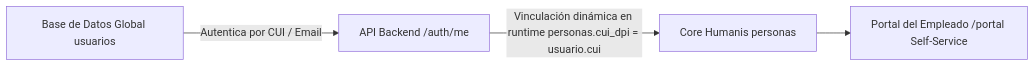
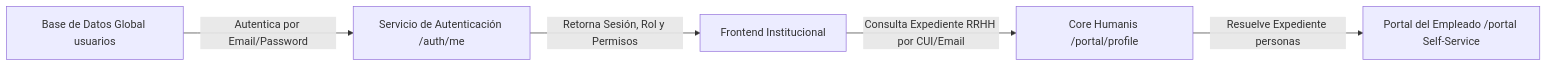
One commit to bsosaGG/Eco changed the diagram in core-humanis-app/documentation/portal_empleado_y_amarre_usuarios.md. Above: the diagram before and after it, drawn with Mermaid. The commit also changed other lines of this file and 1 other file, not shown here.

Commit message:
docs(core-humanis): document public routes architecture and auth decoupling

````diff
--- a/core-humanis-app/documentation/portal_empleado_y_amarre_usuarios.md
+++ b/core-humanis-app/documentation/portal_empleado_y_amarre_usuarios.md
@@ -13,6 +13,7 @@
 ```mermaid
 graph LR
-    A[Base de Datos Global usuarios] -- Autentica por CUI / Email --> B[API Backend /auth/me]
-    B -- Vinculación dinámica en runtime personas.cui_dpi = usuario.cui --> C[Core Humanis personas]
-    C --> D[Portal del Empleado /portal Self-Service]
+    A[Base de Datos Global usuarios] -- Autentica por Email/Password --> B[Servicio de Autenticación /auth/me]
+    B -- Retorna Sesión, Rol y Permisos --> C[Frontend Institucional]
+    C -- Consulta Expediente RRHH por CUI/Email --> D[Core Humanis /portal/profile]
+    D -- Resuelve Expediente personas --> E[Portal del Empleado /portal Self-Service]
 ```
````
